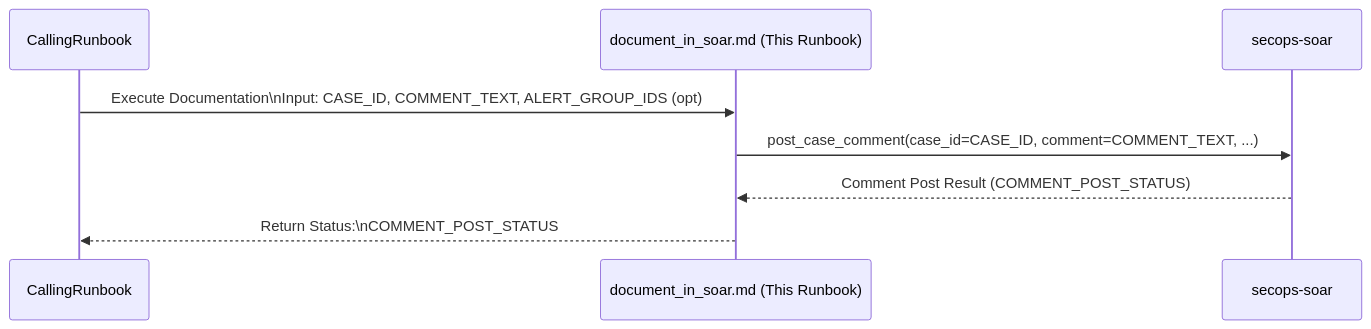
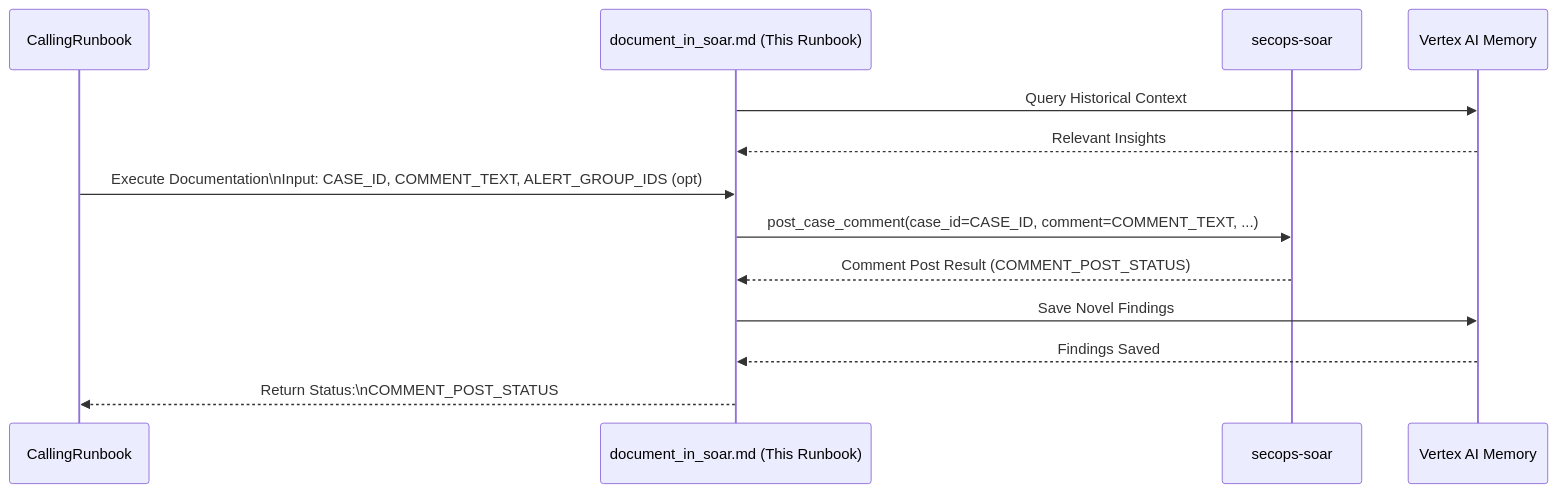
One commit to dandye/adk_runbooks changed the diagram in rules-bank/run_books/common_steps/document_in_soar.md. Above: the diagram before and after it, drawn with Mermaid. The commit also changed other lines of this file and 125 other files, not shown here.

````diff
--- a/rules-bank/run_books/common_steps/document_in_soar.md
+++ b/rules-bank/run_books/common_steps/document_in_soar.md
@@ -31,16 +33,25 @@
 ```{mermaid}
 sequenceDiagram
     participant CallingRunbook
     participant DocumentInSOAR as document_in_soar.md (This Runbook)
     participant SOAR as secops-soar
+    participant Memory as Vertex AI Memory
 
+
+    %% Step: Query Memory Context
+    DocumentInSOAR->>Memory: Query Historical Context
+    Memory-->>DocumentInSOAR: Relevant Insights
     CallingRunbook->>DocumentInSOAR: Execute Documentation\nInput: CASE_ID, COMMENT_TEXT, ALERT_GROUP_IDS (opt)
 
     %% Step 2: Post Comment
     DocumentInSOAR->>SOAR: post_case_comment(case_id=CASE_ID, comment=COMMENT_TEXT, ...)
     SOAR-->>DocumentInSOAR: Comment Post Result (COMMENT_POST_STATUS)
 
     %% Step 3: Return Status
+
+    %% Step: Save Findings to Memory
+    DocumentInSOAR->>Memory: Save Novel Findings
+    Memory-->>DocumentInSOAR: Findings Saved
     DocumentInSOAR-->>CallingRunbook: Return Status:\nCOMMENT_POST_STATUS
 
 ```
````
